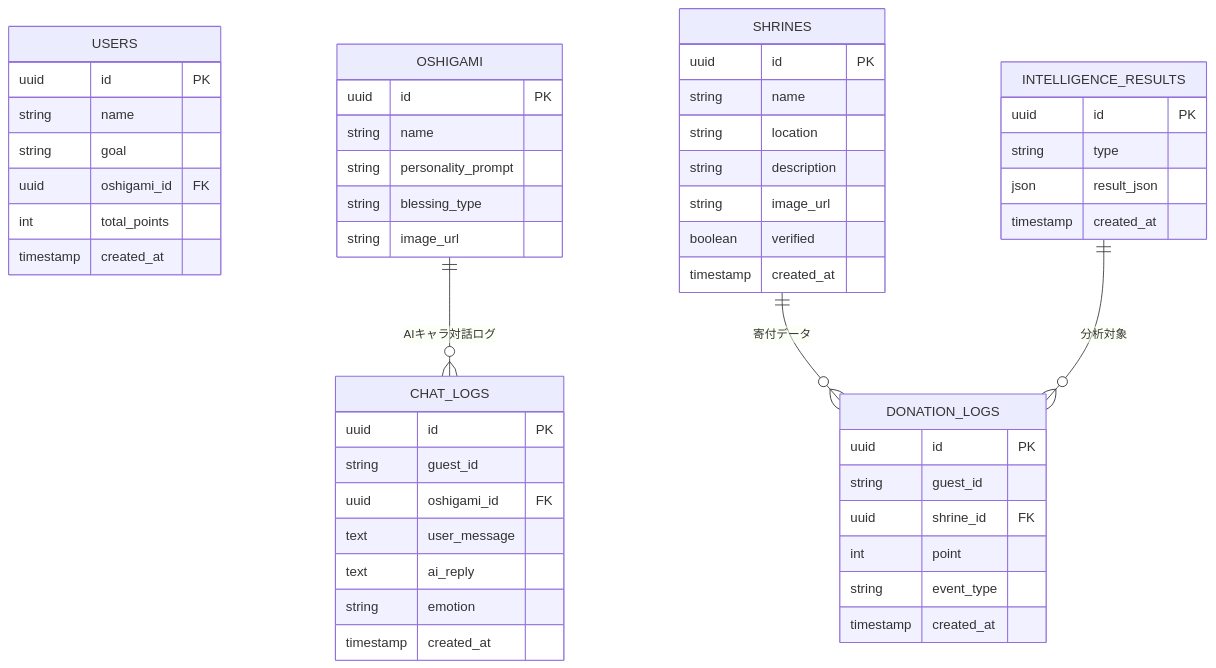
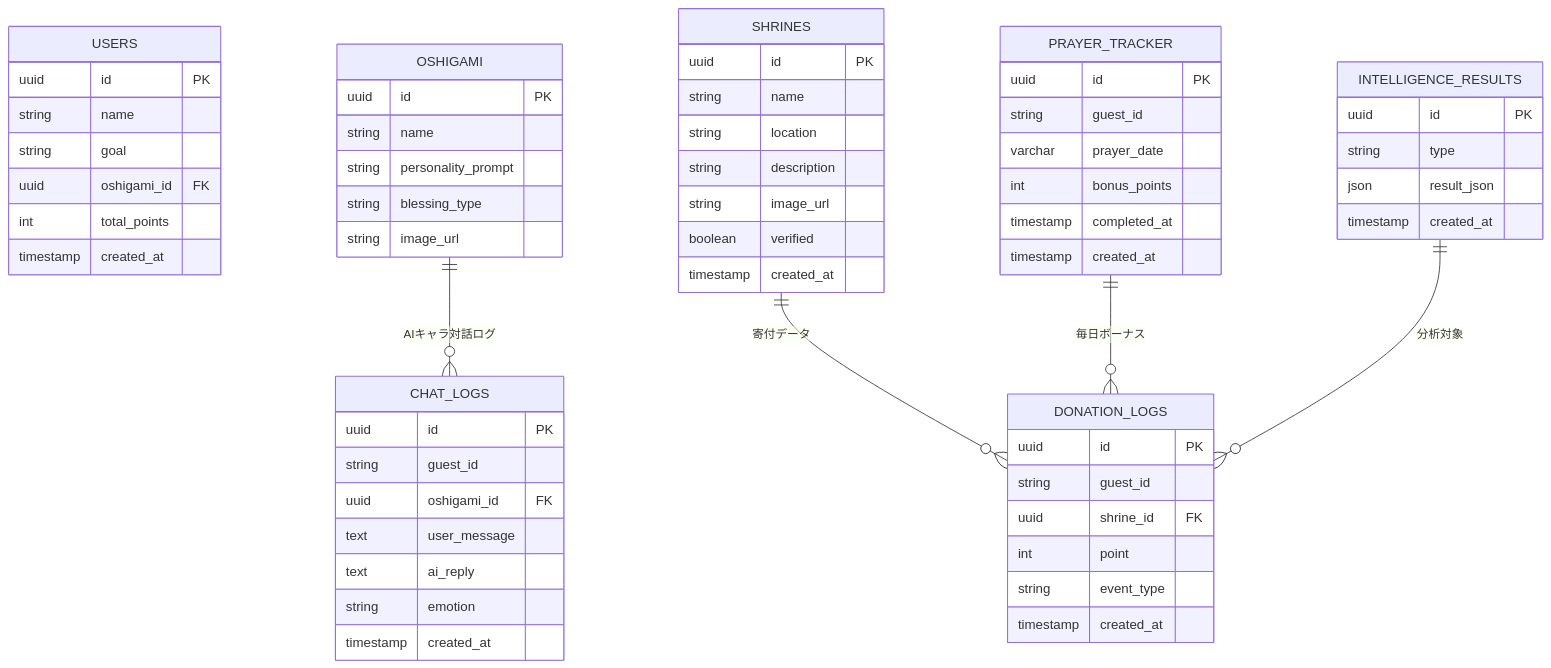
The first of 2 diagrams in README.md (ktomoyuki0227/jinja-link), drawn with Mermaid before and after one commit. The commit also changed other lines of this file, not shown here.

````diff
--- a/README.md
+++ b/README.md
@@ -154,59 +156,69 @@
 ```mermaid
 erDiagram
     USERS {
         uuid id PK
         string name
         string goal
         uuid oshigami_id FK
         int total_points
         timestamp created_at
     }
 
     OSHIGAMI {
         uuid id PK
         string name
         string personality_prompt
         string blessing_type
         string image_url
     }
 
     SHRINES {
         uuid id PK
         string name
         string location
         string description
         string image_url
         boolean verified
         timestamp created_at
     }
 
     DONATION_LOGS {
         uuid id PK
         string guest_id
         uuid shrine_id FK
         int point
         string event_type
         timestamp created_at
     }
 
     CHAT_LOGS {
         uuid id PK
         string guest_id
         uuid oshigami_id FK
         text user_message
         text ai_reply
         string emotion
         timestamp created_at
     }
 
+    PRAYER_TRACKER {
+        uuid id PK
+        string guest_id
+        varchar prayer_date
+        int bonus_points
+        timestamp completed_at
+        timestamp created_at
+    }
+
     INTELLIGENCE_RESULTS {
         uuid id PK
         string type
         json result_json
         timestamp created_at
     }
 
     OSHIGAMI ||--o{ CHAT_LOGS : "AIキャラ対話ログ"
     SHRINES ||--o{ DONATION_LOGS : "寄付データ"
+    PRAYER_TRACKER ||--o{ DONATION_LOGS : "毎日ボーナス"
     INTELLIGENCE_RESULTS ||--o{ DONATION_LOGS : "分析対象"
 ```
````
